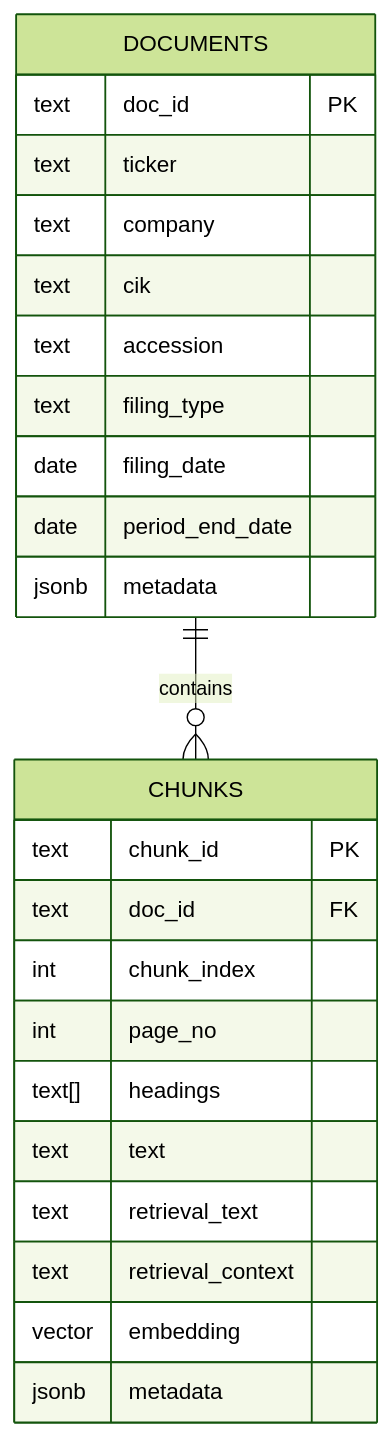
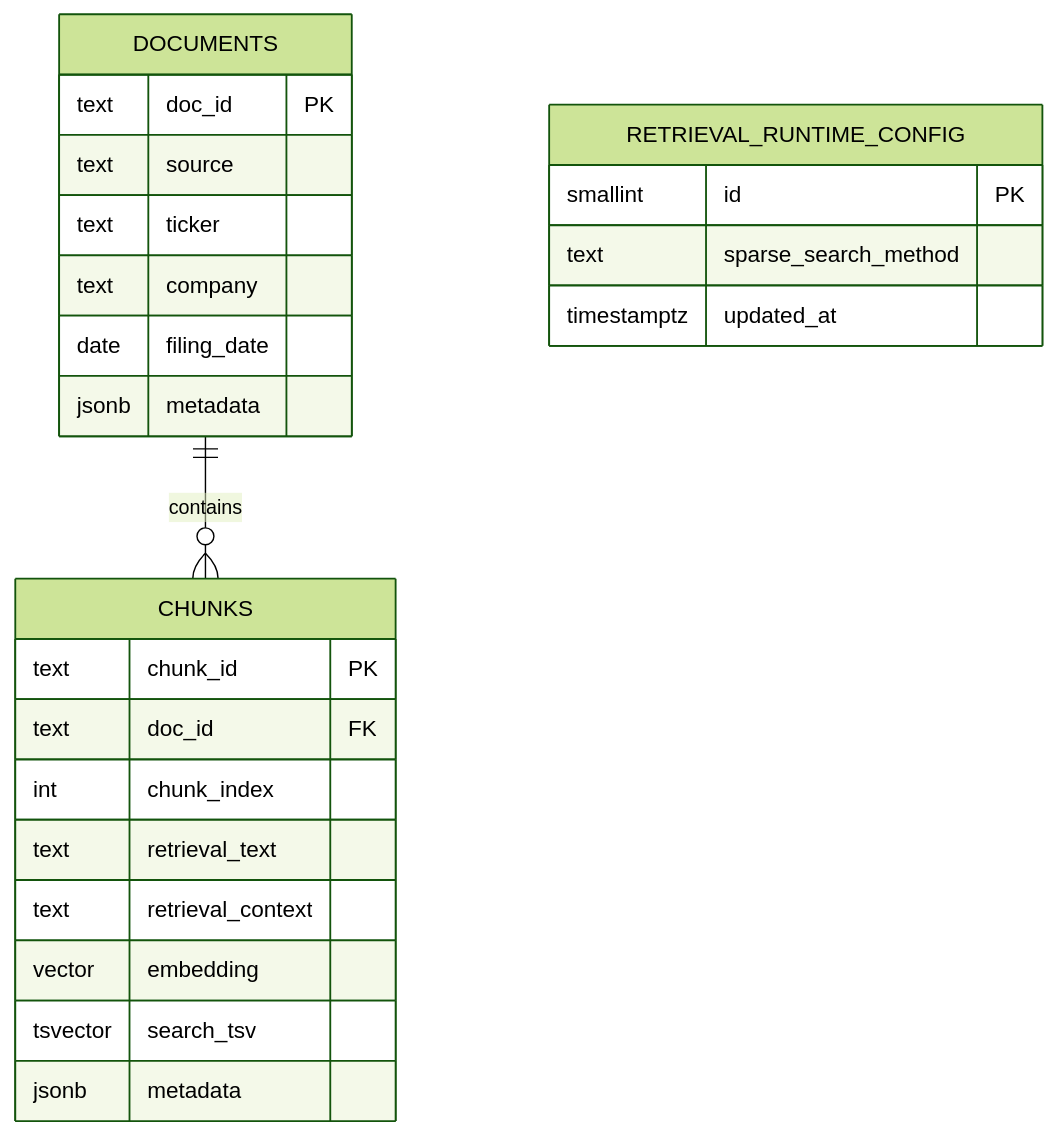
Before and after one commit to linminhtoo/andromeda: the fourth of 4 diagrams in README.md, drawn with Mermaid (forest theme). The commit also changed other lines of this file and 2 other files, not shown here.

````diff
--- a/README.md
+++ b/README.md
@@ -56,29 +301,30 @@
 ```mermaid
 erDiagram
   DOCUMENTS {
     text doc_id PK
+    text source
     text ticker
     text company
-    text cik
-    text accession
-    text filing_type
     date filing_date
-    date period_end_date
     jsonb metadata
   }
 
   CHUNKS {
     text chunk_id PK
     text doc_id FK
     int chunk_index
-    int page_no
-    text[] headings
-    text text
     text retrieval_text
     text retrieval_context
     vector embedding
+    tsvector search_tsv
     jsonb metadata
+  }
+
+  RETRIEVAL_RUNTIME_CONFIG {
+    smallint id PK
+    text sparse_search_method
+    timestamptz updated_at
   }
 
   DOCUMENTS ||--o{ CHUNKS : contains
 ```
````
